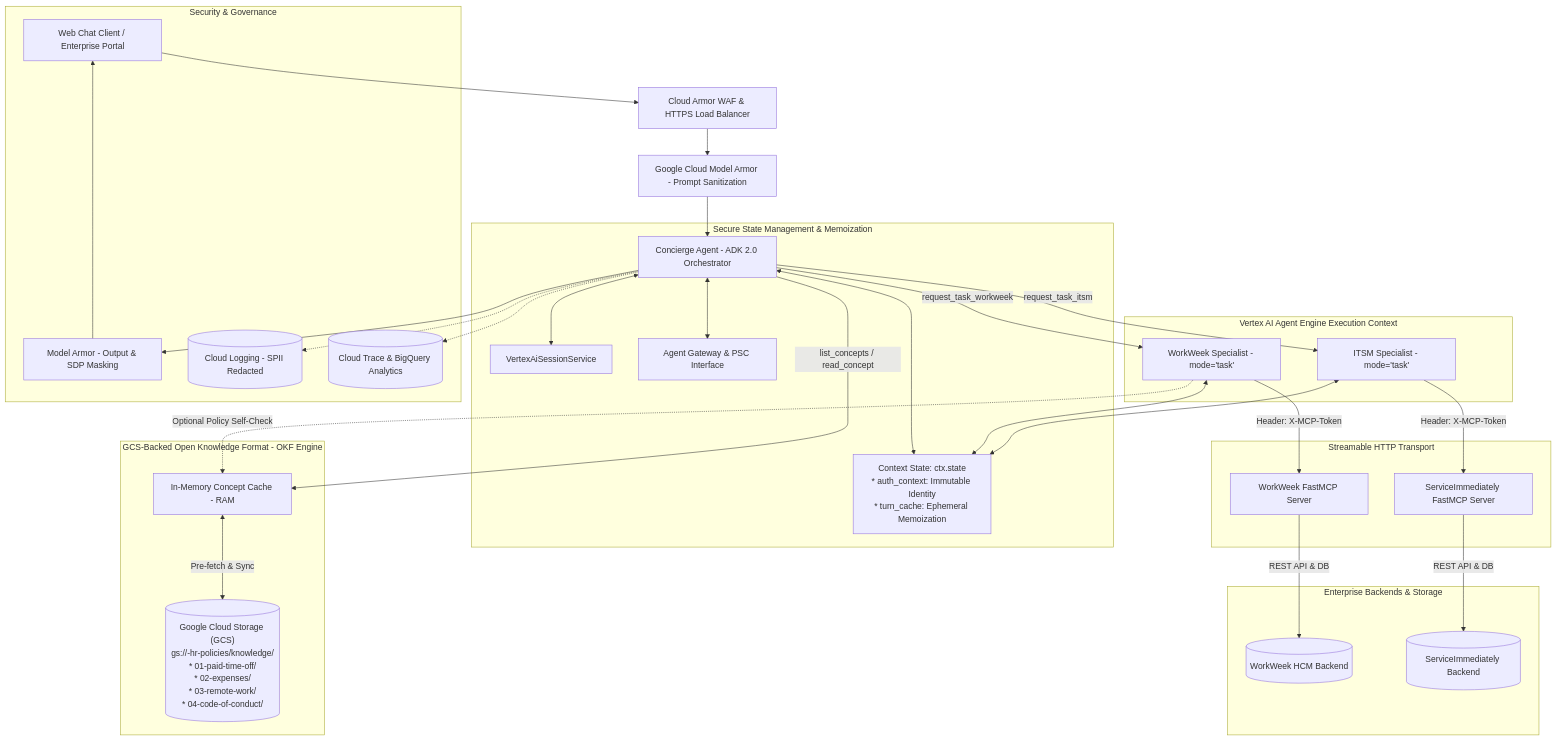
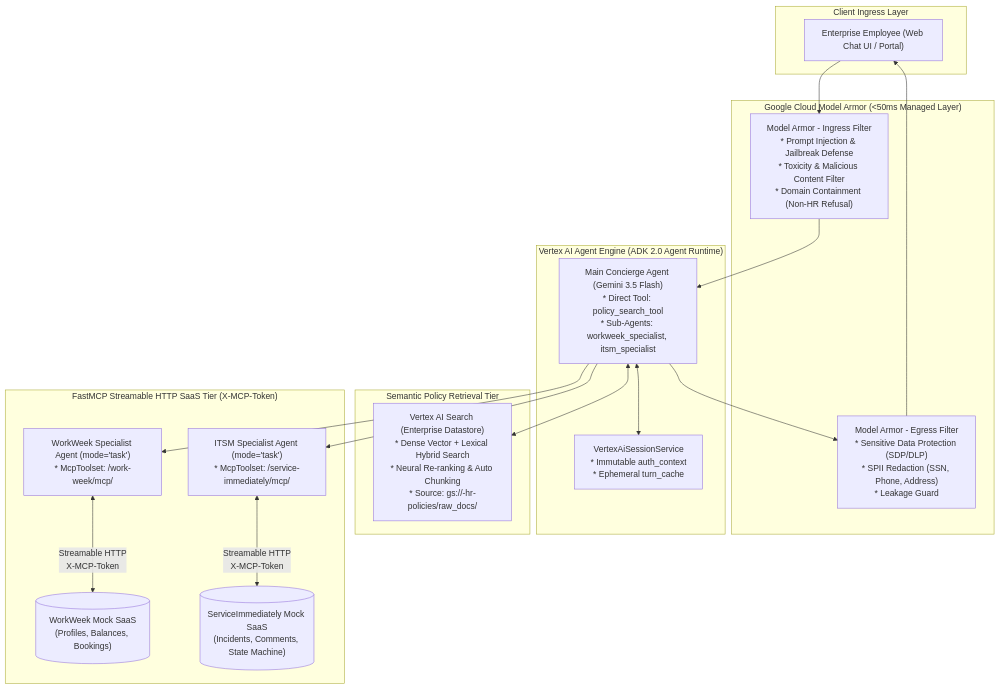
One commit to gungarg/elevate-hr-agent changed the diagram in docs/ARCHITECTURE.md. Above: the diagram before and after it, drawn with Mermaid. The commit also changed other lines of this file and 1 other file, not shown here.

Commit message:
docs: update SDD and Architecture to Revision 4.0 (Vertex AI Search, Model Armor, direct Agent Engine ingress, native FastMCP McpToolset)

````diff
--- a/docs/ARCHITECTURE.md
+++ b/docs/ARCHITECTURE.md
@@ -10,42 +9,39 @@
 ```mermaid
-graph TD
-    Client[Web Chat Client / Enterprise Portal] --> Ingress[Cloud Armor WAF & HTTPS Load Balancer]
-    Ingress --> ModelArmor[Google Cloud Model Armor - Prompt Sanitization]
-    ModelArmor --> RootAgent[Concierge Agent - ADK 2.0 Orchestrator]
-
-    subgraph StateManagement [Secure State Management & Memoization]
-        RootAgent <--> StateStore[Context State: ctx.state\n* auth_context: Immutable Identity\n* turn_cache: Ephemeral Memoization]
-        RootAgent <--> SessionStore[VertexAiSessionService]
-        RootAgent <--> AgentGW[Agent Gateway & PSC Interface]
+flowchart TD
+    subgraph ClientLayer ["Client Ingress Layer"]
+        User["Enterprise Employee (Web Chat UI / Portal)"]
     end
 
-    subgraph OKFKnowledgeLayer [GCS-Backed Open Knowledge Format - OKF Engine]
-        RootAgent -->|list_concepts / read_concept| MemCache[In-Memory Concept Cache - RAM]
-        MemCache <-->|Pre-fetch & Sync| GCSBundle[("Google Cloud Storage (GCS)\ngs://<project>-hr-policies/knowledge/\n* 01-paid-time-off/\n* 02-expenses/\n* 03-remote-work/\n* 04-code-of-conduct/")]
+    subgraph SecurityGuardrails ["Google Cloud Model Armor (<50ms Managed Layer)"]
+        MA_Input["Model Armor - Ingress Filter\n* Prompt Injection & Jailbreak Defense\n* Toxicity & Malicious Content Filter\n* Domain Containment (Non-HR Refusal)"]
+        MA_Output["Model Armor - Egress Filter\n* Sensitive Data Protection (SDP/DLP)\n* SPII Redaction (SSN, Phone, Address)\n* Leakage Guard"]
     end
 
-    subgraph VertexAIAgentEngine [Vertex AI Agent Engine Execution Context]
-        RootAgent -->|request_task_workweek| WorkWeekAgent[WorkWeek Specialist - mode='task']
-        RootAgent -->|request_task_itsm| ITSMAgent[ITSM Specialist - mode='task']
-        WorkWeekAgent -.->|Optional Policy Self-Check| MemCache
-        WorkWeekAgent <--> StateStore
-        ITSMAgent <--> StateStore
+    subgraph OrchestrationLayer ["Vertex AI Agent Engine (ADK 2.0 Agent Runtime)"]
+        Concierge["Main Concierge Agent (Gemini 3.5 Flash)\n* Direct Tool: policy_search_tool\n* Sub-Agents: workweek_specialist, itsm_specialist"]
+        SessionStore["VertexAiSessionService\n* Immutable auth_context\n* Ephemeral turn_cache"]
     end
 
-    subgraph FastMCP Integration Subsystem [Streamable HTTP Transport]
-        WorkWeekAgent -->|Header: X-MCP-Token| WWMCP[WorkWeek FastMCP Server]
-        ITSMAgent -->|Header: X-MCP-Token| ITSMMCP[ServiceImmediately FastMCP Server]
+    subgraph KnowledgeTier ["Semantic Policy Retrieval Tier"]
+        VAS["Vertex AI Search (Enterprise Datastore)\n* Dense Vector + Lexical Hybrid Search\n* Neural Re-ranking & Auto Chunking\n* Source: gs://<project>-hr-policies/raw_docs/"]
     end
 
-    subgraph Enterprise Backends & Storage
-        WWMCP -->|REST API & DB| WWDB[(WorkWeek HCM Backend)]
-        ITSMMCP -->|REST API & DB| ITSMDB[(ServiceImmediately Backend)]
+    subgraph FastMCPIntegrations ["FastMCP Streamable HTTP SaaS Tier (X-MCP-Token)"]
+        WW_Agent["WorkWeek Specialist Agent (mode='task')\n* McpToolset: /work-week/mcp/"]
+        ITSM_Agent["ITSM Specialist Agent (mode='task')\n* McpToolset: /service-immediately/mcp/"]
+        
+        WW_SaaS[("WorkWeek Mock SaaS\n(Profiles, Balances, Bookings)")]
+        ITSM_SaaS[("ServiceImmediately Mock SaaS\n(Incidents, Comments, State Machine)")]
     end
 
-    subgraph Security & Governance
-        RootAgent --> OutputArmor[Model Armor - Output & SDP Masking]
-        OutputArmor --> Client
-        RootAgent -.-> AuditLog[(Cloud Logging - SPII Redacted)]
-        RootAgent -.-> CloudTrace[(Cloud Trace & BigQuery Analytics)]
-    end
+    User --> MA_Input
+    MA_Input --> Concierge
+    Concierge <--> SessionStore
+    Concierge <--> VAS
+    Concierge --> WW_Agent
+    Concierge --> ITSM_Agent
+    WW_Agent <-->|Streamable HTTP\nX-MCP-Token| WW_SaaS
+    ITSM_Agent <-->|Streamable HTTP\nX-MCP-Token| ITSM_SaaS
+    Concierge --> MA_Output
+    MA_Output --> User
 ```
````
